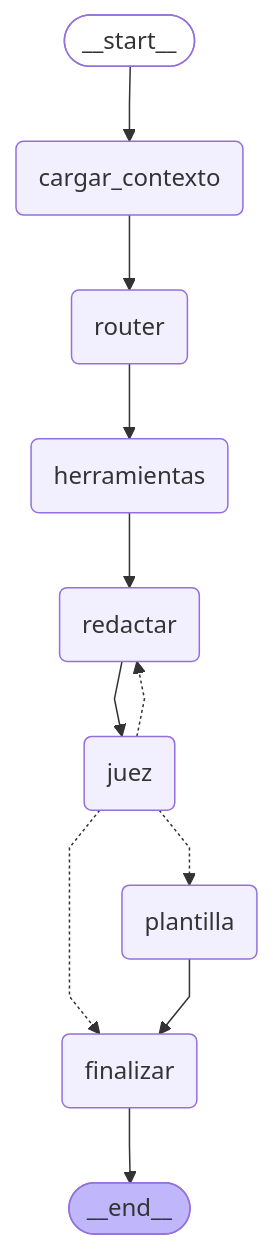
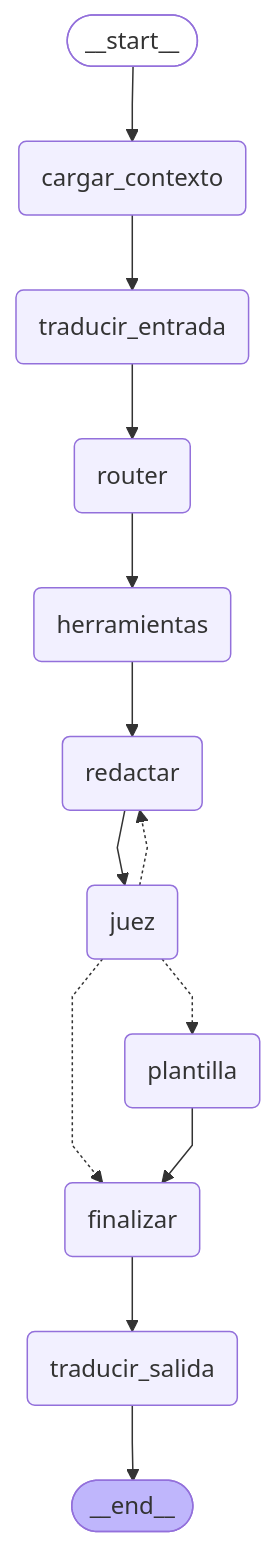
One commit to Nakusuo/Hackathon-BBVA-2026 changed the diagram in docs/diagramas/grafo_agente_unico.md. Above: the diagram before and after it, drawn with Mermaid. The commit also changed 14 other files, not shown here.

````diff
--- a/docs/diagramas/grafo_agente_unico.md
+++ b/docs/diagramas/grafo_agente_unico.md
@@ -5,31 +5,35 @@
 ```mermaid
 ---
 config:
   flowchart:
     curve: linear
 ---
 graph TD;
 	__start__([<p>__start__</p>]):::first
 	cargar_contexto(cargar_contexto)
+	traducir_entrada(traducir_entrada)
+	traducir_salida(traducir_salida)
 	router(router)
 	redactar(redactar)
 	juez(juez)
 	plantilla(plantilla)
 	finalizar(finalizar)
 	herramientas(herramientas)
 	__end__([<p>__end__</p>]):::last
 	__start__ --> cargar_contexto;
-	cargar_contexto --> router;
+	cargar_contexto --> traducir_entrada;
+	finalizar --> traducir_salida;
 	herramientas --> redactar;
 	juez -.-> finalizar;
 	juez -.-> plantilla;
 	juez -.-> redactar;
 	plantilla --> finalizar;
 	redactar --> juez;
 	router --> herramientas;
-	finalizar --> __end__;
+	traducir_entrada --> router;
+	traducir_salida --> __end__;
 	classDef default fill:#f2f0ff,line-height:1.2
 	classDef first fill-opacity:0
 	classDef last fill:#bfb6fc
 
 ```
````
